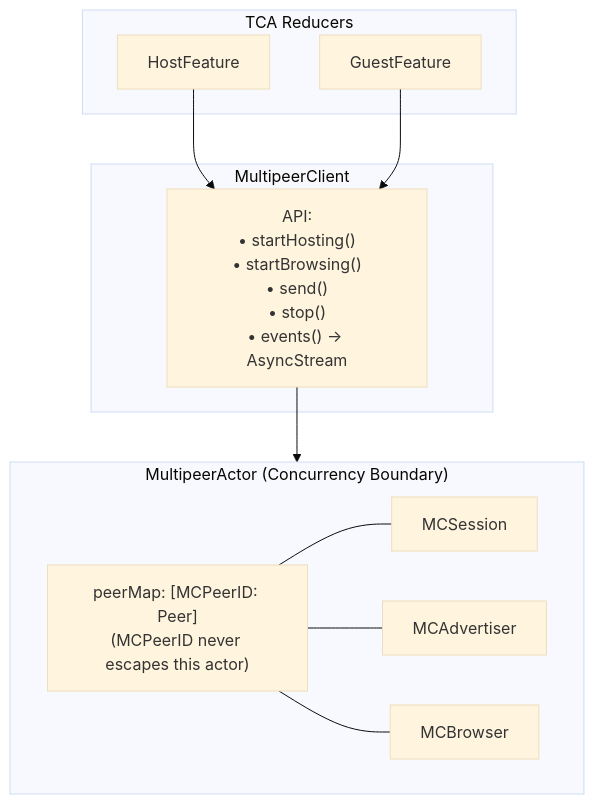
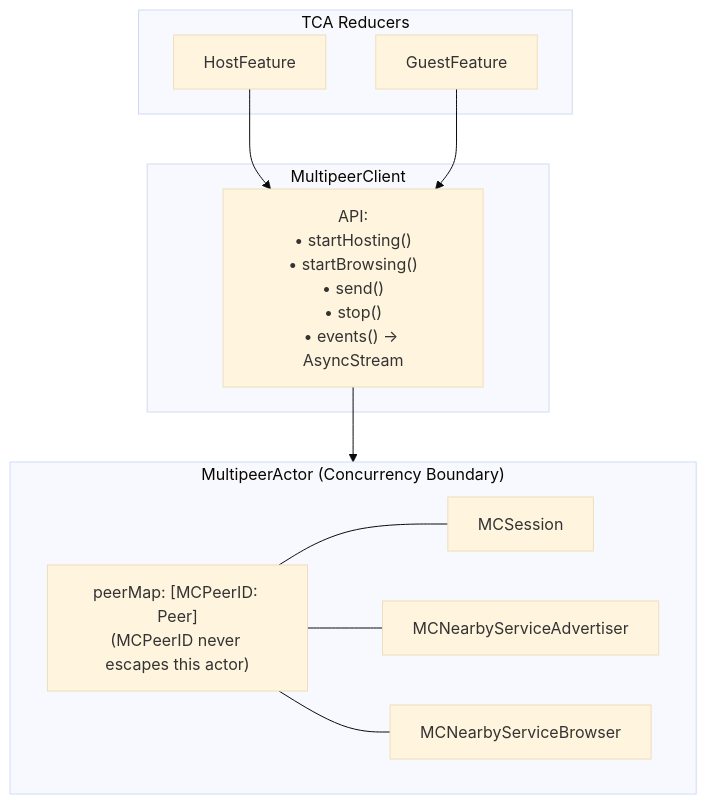
Before and after one commit to JeffESchmitz/DemocracyDJ: the diagram in docs/diagrams/multipeer-architecture-overview.mmd, drawn with Mermaid (base theme). The commit also changed 9 other files, not shown here.

Commit message:
docs: update multipeer diagrams

```diff
--- a/docs/diagrams/multipeer-architecture-overview.mmd
+++ b/docs/diagrams/multipeer-architecture-overview.mmd
@@ -1,25 +1,25 @@
 flowchart TD
   subgraph TCA["TCA Reducers"]
     Host["HostFeature"]
     Guest["GuestFeature"]
   end
 
   subgraph ClientBox["MultipeerClient"]
     Client["API:\n• startHosting()\n• startBrowsing()\n• send()\n• stop()\n• events() → AsyncStream"]
   end
 
   subgraph ActorBox["MultipeerActor (Concurrency Boundary)"]
     PeerMap["peerMap: [MCPeerID: Peer]\n(MCPeerID never escapes this actor)"]
     Session["MCSession"]
-    Advertiser["MCAdvertiser"]
-    Browser["MCBrowser"]
+    Advertiser["MCNearbyServiceAdvertiser"]
+    Browser["MCNearbyServiceBrowser"]
   end
 
   Host --> Client
   Guest --> Client
 
   Client --> ActorBox
 
   PeerMap --- Session
   PeerMap --- Advertiser
   PeerMap --- Browser
```
